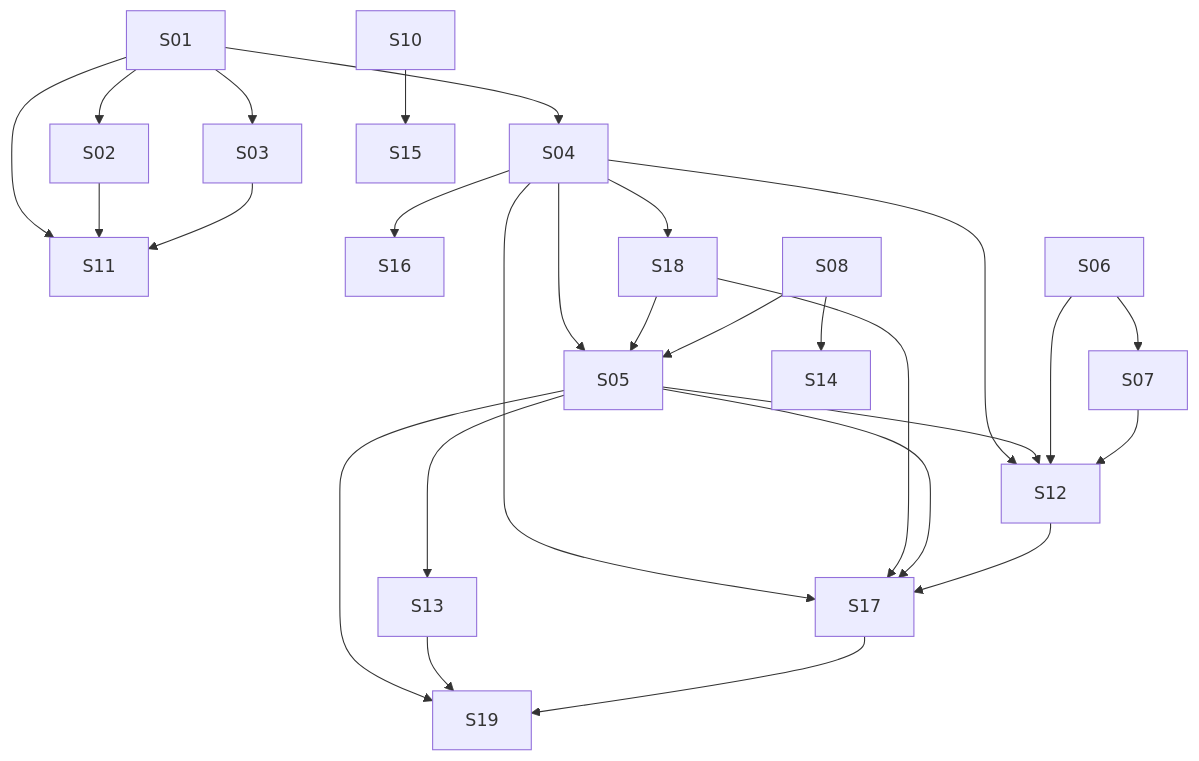
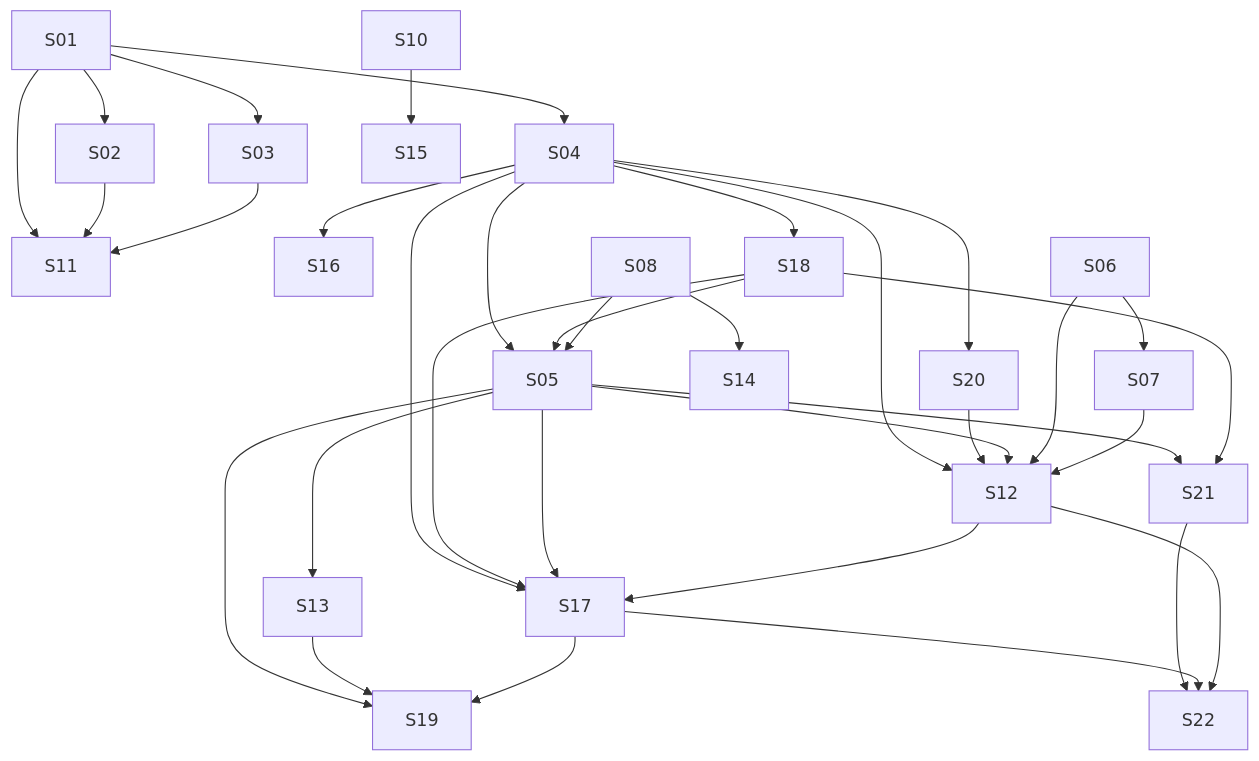
Before and after one commit to lmmoreira/ikaro: the diagram in plan/M23-MULTIVERTICAL-APPOINTMENT-BOOKING.md, drawn with Mermaid. The commit also changed other lines of this file and 2 other files, not shown here.

````diff
--- a/plan/M23-MULTIVERTICAL-APPOINTMENT-BOOKING.md
+++ b/plan/M23-MULTIVERTICAL-APPOINTMENT-BOOKING.md
@@ -39,29 +42,36 @@
 ```mermaid
 graph TD
   S01 --> S02
   S01 --> S03
   S01 --> S04
   S01 --> S11
   S02 --> S11
   S03 --> S11
   S04 --> S05
   S04 --> S12
   S04 --> S16
   S04 --> S17
   S04 --> S18
   S18 --> S05
+  S04 --> S20
+  S20 --> S12
+  S05 --> S21
+  S18 --> S21
+  S21 --> S22
+  S17 --> S22
+  S12 --> S22
   S08 --> S05
   S18 --> S17
   S05 --> S12
   S05 --> S13
   S05 --> S17
   S12 --> S17
   S05 --> S19
   S13 --> S19
   S17 --> S19
   S06 --> S07
   S06 --> S12
   S07 --> S12
   S08 --> S14
   S10 --> S15
 ```
````
